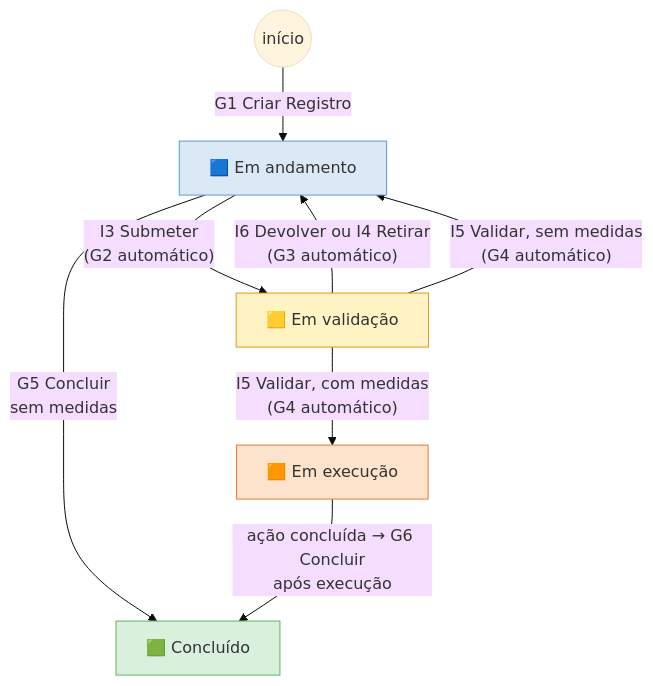
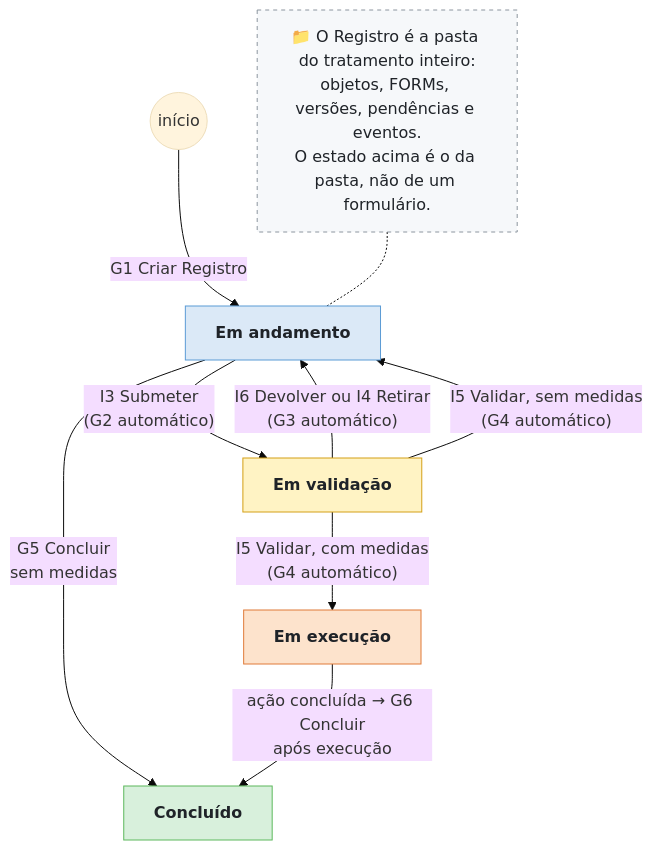
Before and after one commit to ailtonfv/governanca-lgpd-hortolandia: the first of 6 diagrams in docs/arquitetura/MAPA_M1a.md, drawn with Mermaid (base theme). The commit also changed other lines of this file, not shown here.

Commit message:
Mapa do M1a: estados do FORM 1, nota do Registro como pasta, contraste no tema escuro

````diff
--- a/docs/arquitetura/MAPA_M1a.md
+++ b/docs/arquitetura/MAPA_M1a.md
@@ -9,14 +9,19 @@
 ```mermaid
 flowchart TD
-    I(("início")) -- "G1 Criar Registro" --> A["🟦 Em andamento"]
-    A -- "I3 Submeter<br/>(G2 automático)" --> V["🟨 Em validação"]
+    I(("início")) -- "G1 Criar Registro" --> A["Em andamento"]
+    A -- "I3 Submeter<br/>(G2 automático)" --> V["Em validação"]
     V -- "I6 Devolver ou I4 Retirar<br/>(G3 automático)" --> A
     V -- "I5 Validar, sem medidas<br/>(G4 automático)" --> A
-    V -- "I5 Validar, com medidas<br/>(G4 automático)" --> X["🟧 Em execução"]
-    A -- "G5 Concluir<br/>sem medidas" --> C["🟩 Concluído"]
+    V -- "I5 Validar, com medidas<br/>(G4 automático)" --> X["Em execução"]
+    A -- "G5 Concluir<br/>sem medidas" --> C["Concluído"]
     X -- "ação concluída → G6 Concluir<br/>após execução" --> C
-    style A fill:#dbe9f7,stroke:#5b9bd5
-    style V fill:#fff3c4,stroke:#d4a017
-    style X fill:#fde3cc,stroke:#e07b39
-    style C fill:#d8f0dc,stroke:#5cb85c
+    R["📁 O Registro é a pasta do tratamento inteiro:<br/>objetos, FORMs, versões, pendências e eventos.<br/>O estado acima é o da pasta, não de um formulário."]
+    R -.- A
+    classDef estado color:#1f2328,font-weight:bold
+    class A,V,X,C estado
+    style A fill:#dbe9f7,stroke:#5b9bd5,color:#1f2328
+    style V fill:#fff3c4,stroke:#d4a017,color:#1f2328
+    style X fill:#fde3cc,stroke:#e07b39,color:#1f2328
+    style C fill:#d8f0dc,stroke:#5cb85c,color:#1f2328
+    style R fill:#f6f8fa,stroke:#8c959f,color:#1f2328,stroke-dasharray:4
 ```
````
